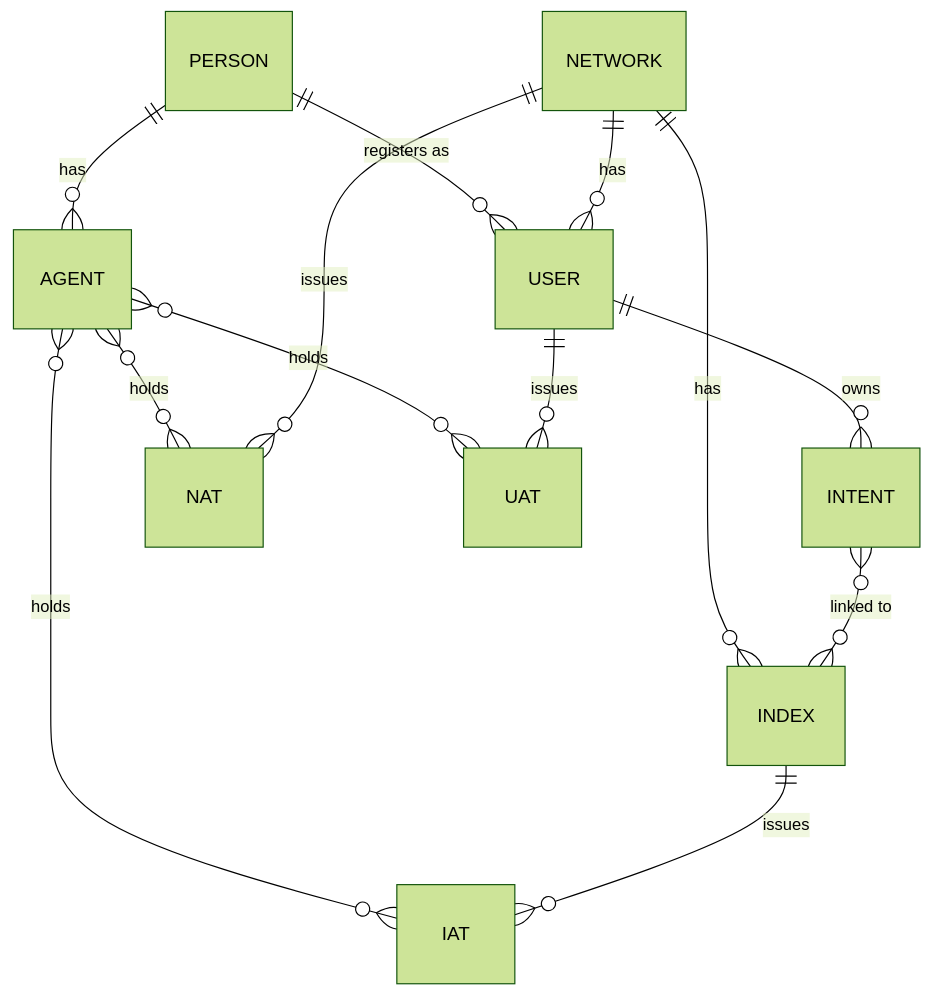
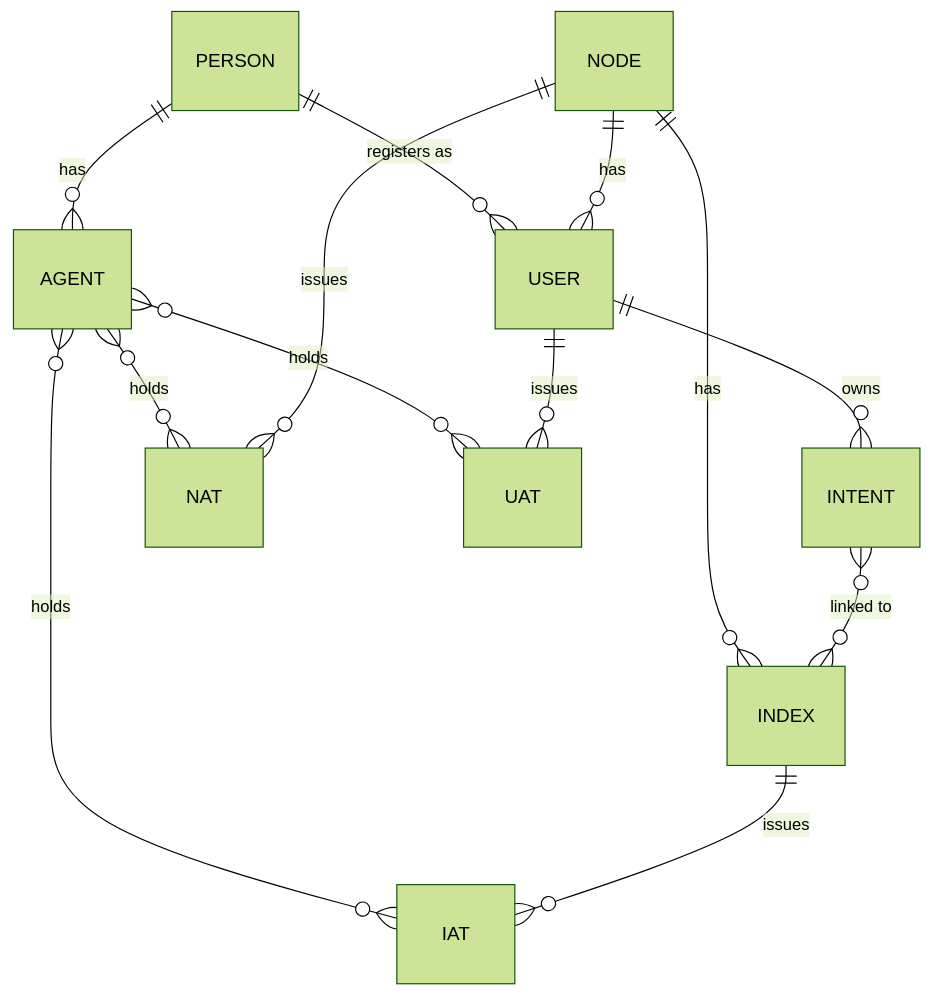
One commit to yanekyuk/index changed the first of 3 diagrams in protocol/ARCHITECTURE.md. Above: the diagram before and after it, drawn with Mermaid (forest theme). The commit also changed other lines of this file and 38 other files, not shown here.

````diff
--- a/protocol/ARCHITECTURE.md
+++ b/protocol/ARCHITECTURE.md
@@ -138,15 +40,15 @@
 ```mermaid
 erDiagram
     PERSON ||--o{ AGENT : "has"
     PERSON ||--o{ USER : "registers as"
-    NETWORK ||--o{ USER : "has"
-    NETWORK ||--o{ INDEX : "has"
+    NODE ||--o{ USER : "has"
+    NODE ||--o{ INDEX : "has"
     USER ||--o{ INTENT : "owns"
     INTENT }o--o{ INDEX : "linked to"
     AGENT }o--o{ NAT : "holds"
     AGENT }o--o{ UAT : "holds"
     AGENT }o--o{ IAT : "holds"
-    NETWORK ||--o{ NAT : "issues"
+    NODE ||--o{ NAT : "issues"
     USER ||--o{ UAT : "issues"
     INDEX ||--o{ IAT : "issues"
 ```
````
